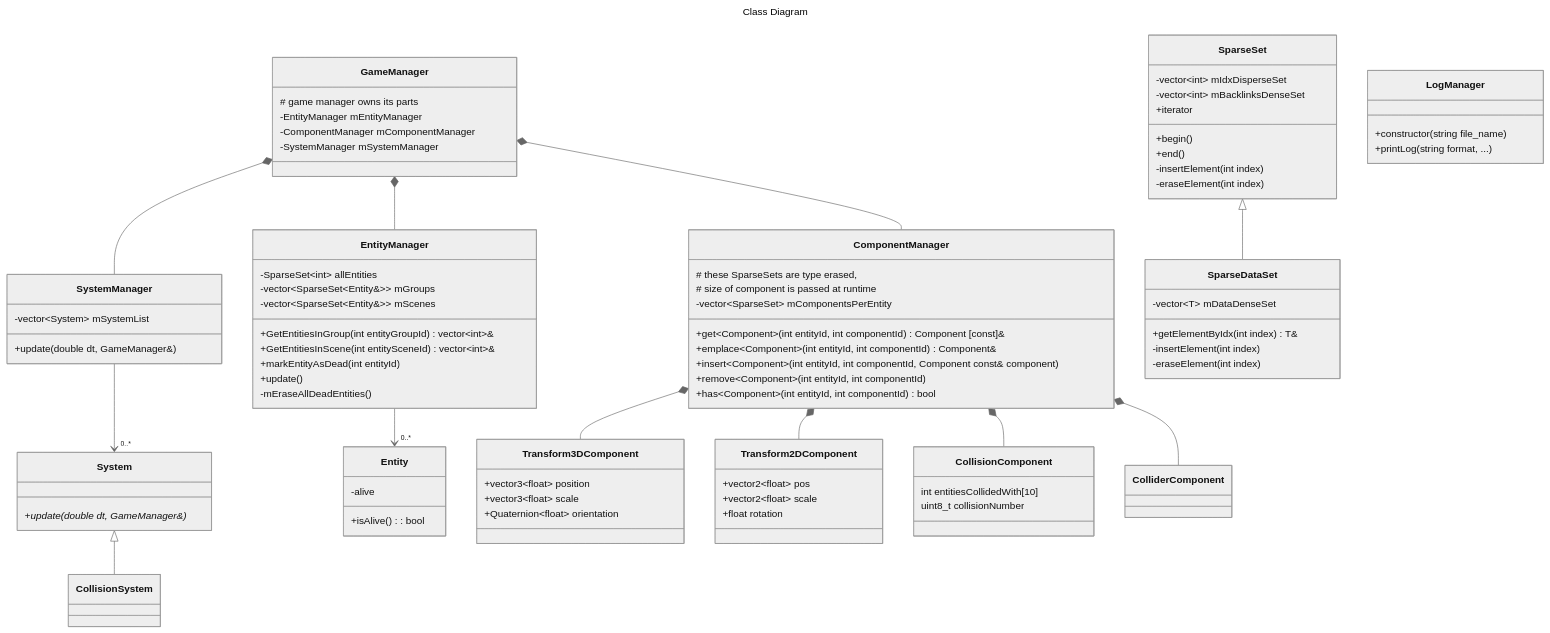
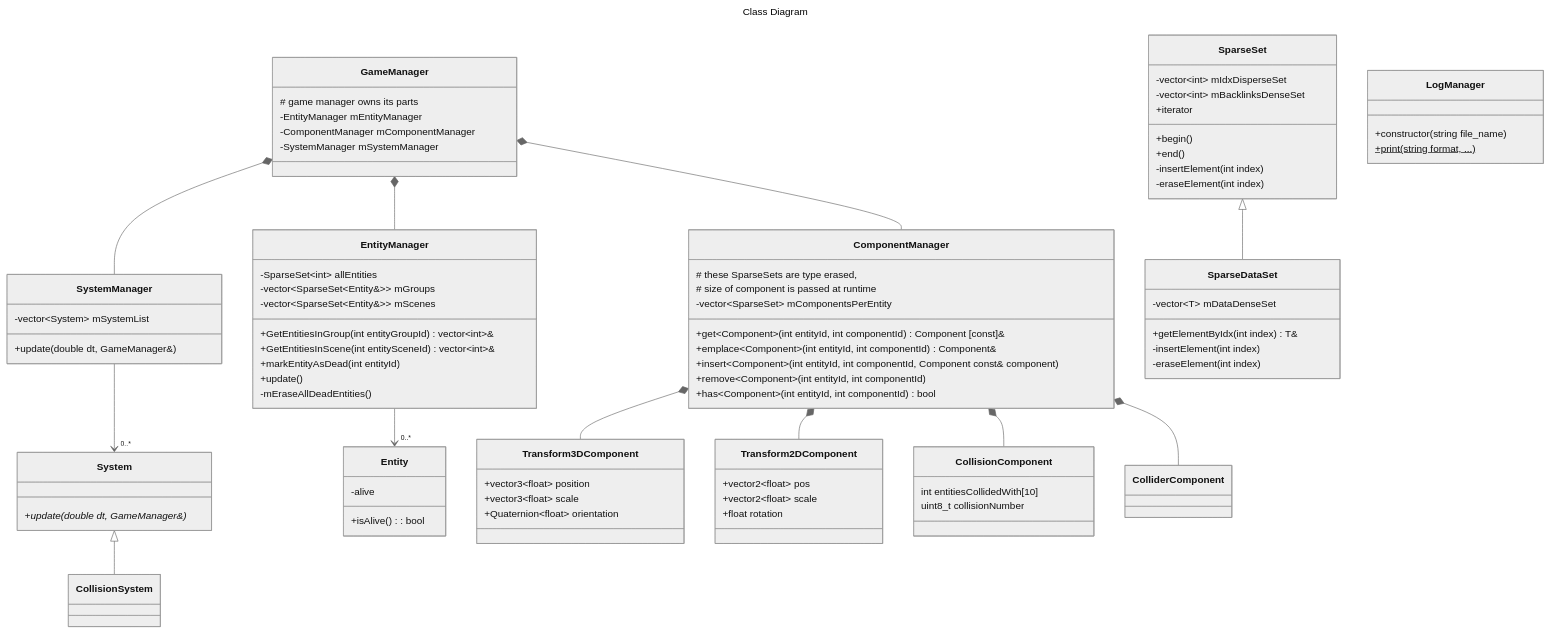
The second of 2 diagrams in documentation/architecture.md (IzanDeVegaLopez/Proyectos3_GDV_2025_26), drawn with Mermaid (neutral theme) before and after one commit. The commit also changed other lines of this file, not shown here.

First line of the commit message:
Revise LogManager documentation and formatting

```diff
--- a/documentation/architecture.md
+++ b/documentation/architecture.md
@@ -116,7 +116,7 @@
 	}
 	class LogManager{
 		+constructor(string file_name)
-		+printLog(string format, ...)
+		+print(string format, ...)$
 	}
 	class SystemManager{
 		-vector~System~ mSystemList
```
